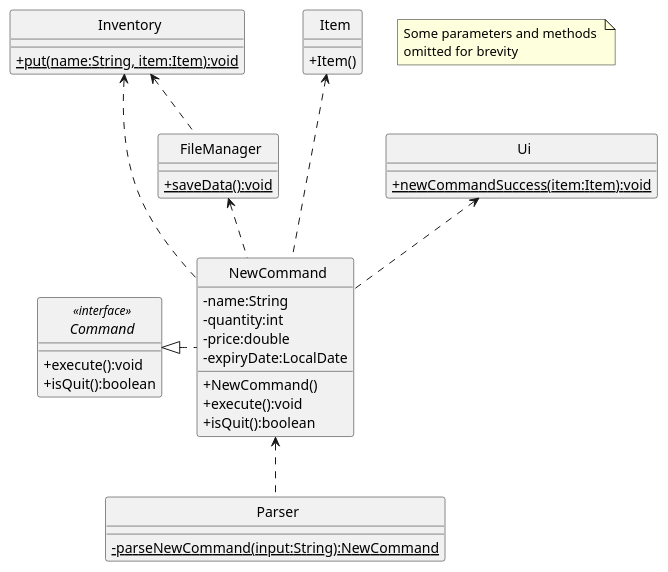
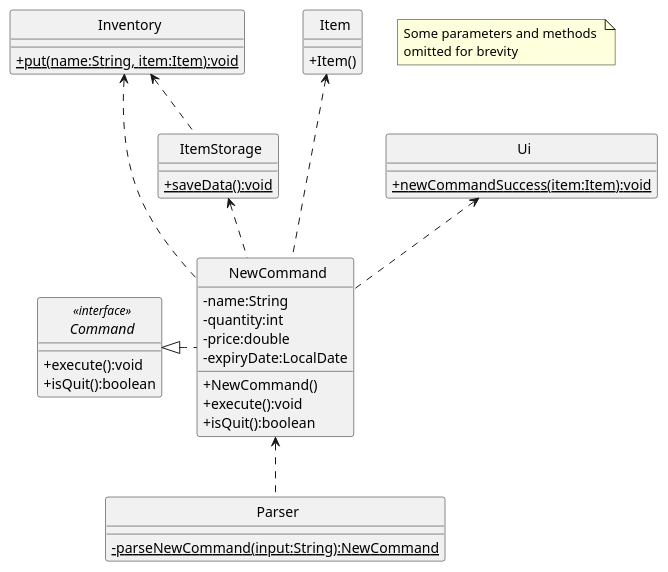
The first of 2 diagrams in docs/uml-diagrams/NewCommand.puml (rismm/tp), drawn with PlantUML before and after one commit. The commit also changed other lines of this file and 19 other files, not shown here.

```diff
--- a/docs/uml-diagrams/NewCommand.puml
+++ b/docs/uml-diagrams/NewCommand.puml
@@ -1,60 +1,60 @@
 @startuml
 'https://plantuml.com/class-diagram
 skinparam classAttributeIconSize 0
 skinparam CircledCharacterFontSize 0
 skinparam CircledCharacterRadius 0
 
 abstract class Command
 class Inventory
 class Item
 class NewCommand
 class Parser
 class Ui
-class FileManager
+class ItemStorage
 
 Command <|. NewCommand
 Item <... NewCommand
 Ui <.. NewCommand
 Inventory <.. NewCommand
 NewCommand <.. Parser
-FileManager <.. NewCommand
-Inventory <.. FileManager
+ItemStorage <.. NewCommand
+Inventory <.. ItemStorage
 
 interface Command <<interface>> {
     +execute():void
     +isQuit():boolean
 }
 
 class NewCommand {
     -name:String
     -quantity:int
     -price:double
     -expiryDate:LocalDate
     +NewCommand()
     +execute():void
     +isQuit():boolean
 }
 
 class Item {
     +Item()
 }
 
 class Inventory {
     {static}+put(name:String, item:Item):void
 }
 
 class Ui {
     {static}+newCommandSuccess(item:Item):void
 }
 
 class Parser {
     {static}-parseNewCommand(input:String):NewCommand
 }
 
-class FileManager {
+class ItemStorage {
     {static}+saveData():void
 }
 
 note "Some parameters and methods \nomitted for brevity" as n1
 
 @enduml
```
